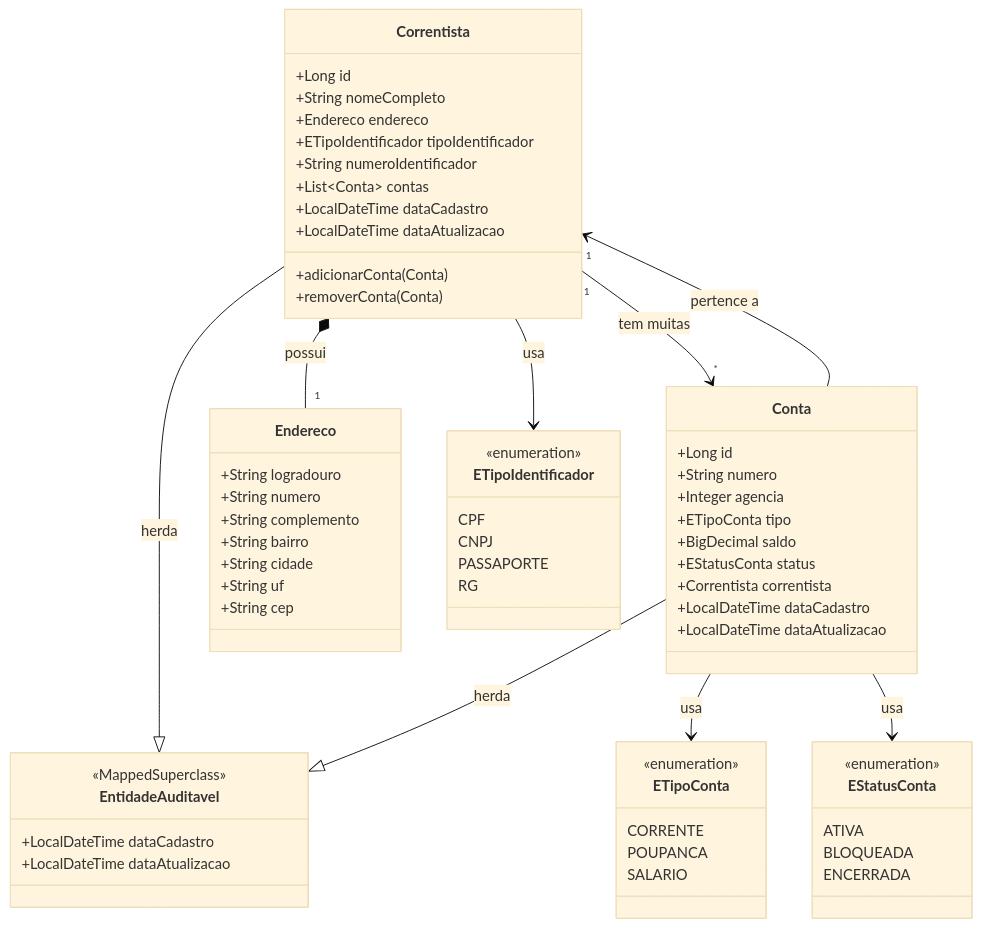
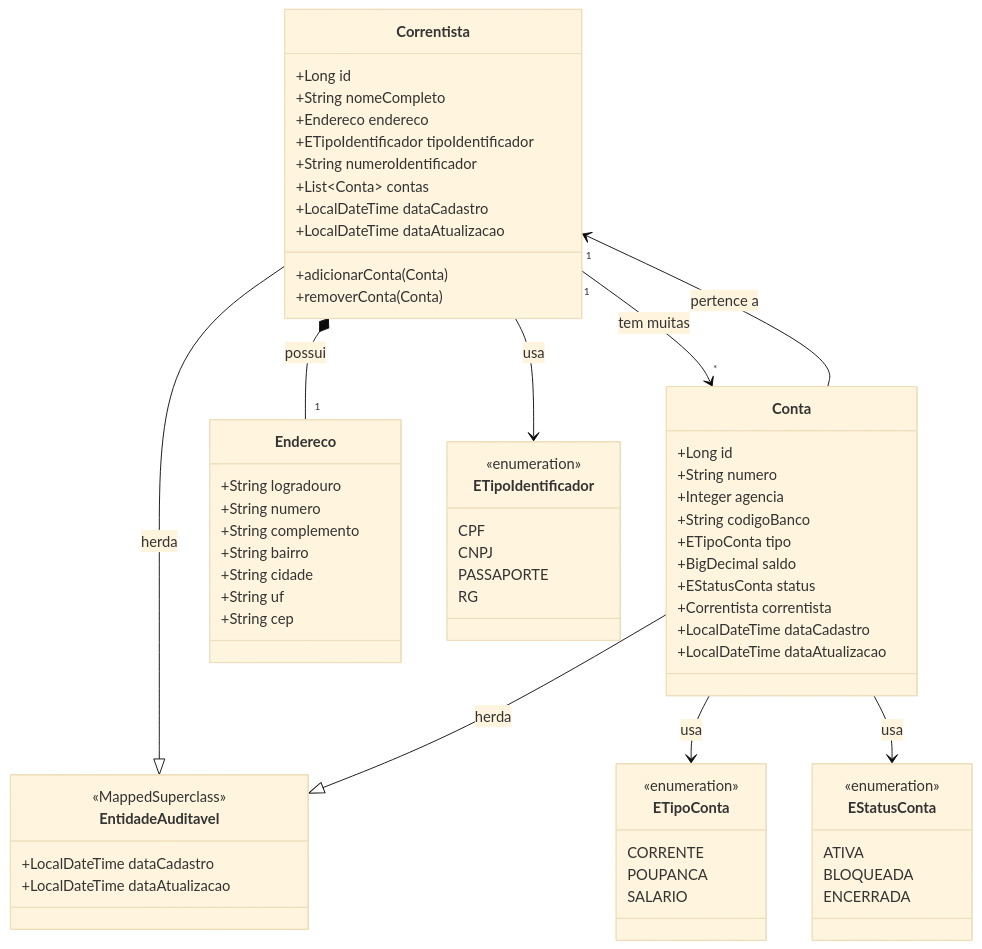
Diagram 13 of 14 in fluxograma.md (GeciaraBoava/teste-bv), drawn with Mermaid (base theme) before and after one commit. The commit also changed other lines of this file and 14 other files, not shown here.

````diff
--- a/fluxograma.md
+++ b/fluxograma.md
@@ -423,74 +423,75 @@
 ```mermaid
 classDiagram
     class Correntista {
         +Long id
         +String nomeCompleto
         +Endereco endereco
         +ETipoIdentificador tipoIdentificador
         +String numeroIdentificador
         +List~Conta~ contas
         +LocalDateTime dataCadastro
         +LocalDateTime dataAtualizacao
         +adicionarConta(Conta)
         +removerConta(Conta)
     }
 
     class Conta {
         +Long id
         +String numero
         +Integer agencia
+        +String codigoBanco
         +ETipoConta tipo
         +BigDecimal saldo
         +EStatusConta status
         +Correntista correntista
         +LocalDateTime dataCadastro
         +LocalDateTime dataAtualizacao
     }
 
     class Endereco {
         +String logradouro
         +String numero
         +String complemento
         +String bairro
         +String cidade
         +String uf
         +String cep
     }
 
     class EntidadeAuditavel {
         <<MappedSuperclass>>
         +LocalDateTime dataCadastro
         +LocalDateTime dataAtualizacao
     }
 
     class ETipoIdentificador {
         <<enumeration>>
         CPF
         CNPJ
         PASSAPORTE
         RG
     }
 
     class ETipoConta {
         <<enumeration>>
         CORRENTE
         POUPANCA
         SALARIO
     }
 
     class EStatusConta {
         <<enumeration>>
         ATIVA
         BLOQUEADA
         ENCERRADA
     }
 
     Correntista "1" --> "*" Conta : tem muitas
     Correntista *-- "1" Endereco : possui
     Conta --> "1" Correntista : pertence a
     Correntista --|> EntidadeAuditavel : herda
     Conta --|> EntidadeAuditavel : herda
     Correntista --> ETipoIdentificador : usa
     Conta --> ETipoConta : usa
     Conta --> EStatusConta : usa
 ```
````
